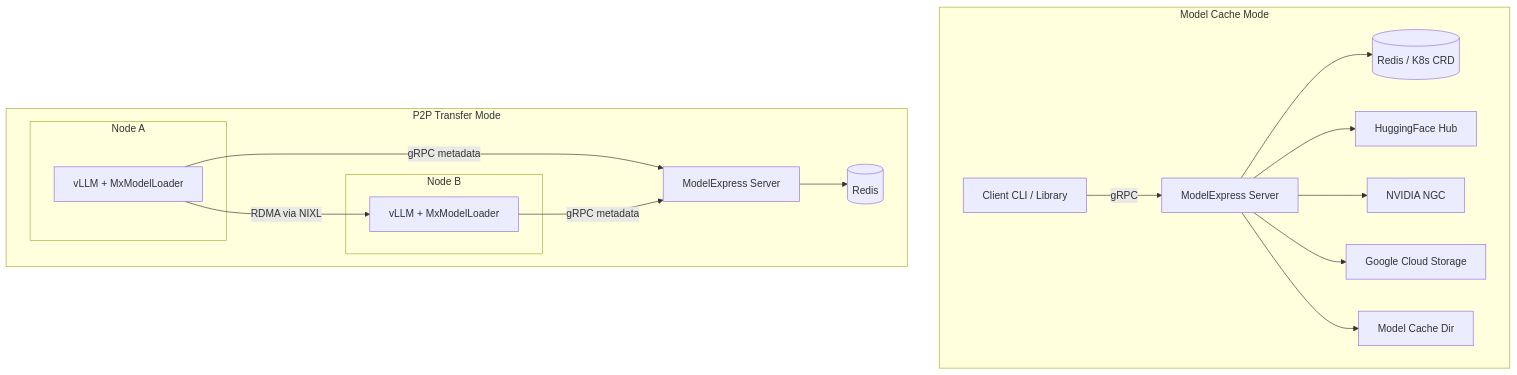
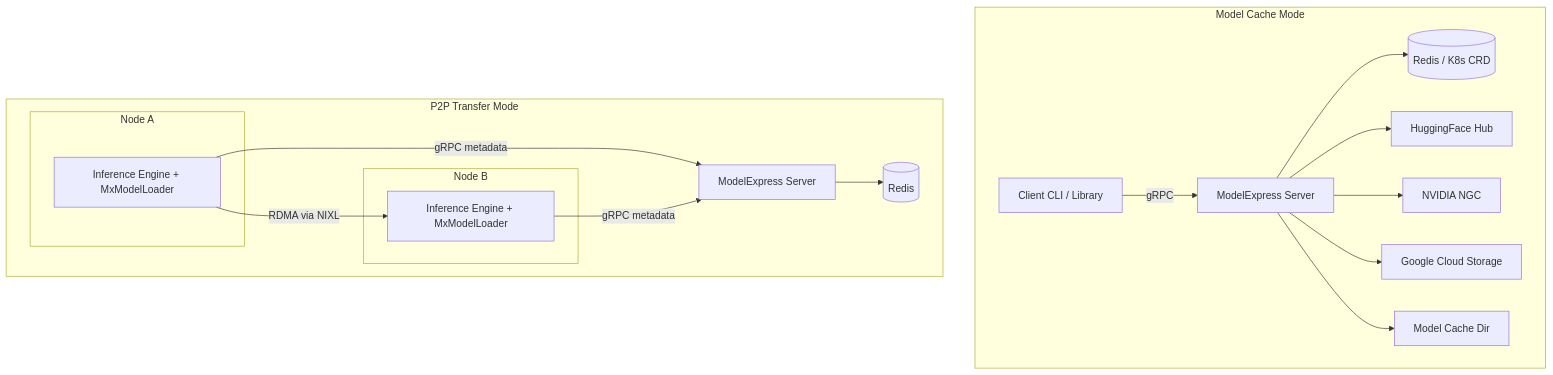
Before and after one commit to ai-dynamo/modelexpress: the first of 2 diagrams in docs/ARCHITECTURE.md, drawn with Mermaid. The commit also changed other lines of this file and 17 other files, not shown here.

Commit message:
feat: add SGLang ModelExpress loader integration

````diff
--- a/docs/ARCHITECTURE.md
+++ b/docs/ARCHITECTURE.md
@@ -26,24 +26,24 @@
 ```mermaid
 graph TD
     subgraph "Model Cache Mode"
         C1[Client CLI / Library] -->|gRPC| S1[ModelExpress Server]
         S1 --> R1[(Redis / K8s CRD)]
         S1 --> HF[HuggingFace Hub]
         S1 --> NGC[NVIDIA NGC]
         S1 --> GCS[Google Cloud Storage]
         S1 --> Cache[Model Cache Dir]
     end
 
     subgraph "P2P Transfer Mode"
         subgraph "Node A"
-            A[vLLM + MxModelLoader]
+            A[Inference Engine + MxModelLoader]
         end
         subgraph "Node B"
-            B[vLLM + MxModelLoader]
+            B[Inference Engine + MxModelLoader]
         end
         A -->|gRPC metadata| S2[ModelExpress Server]
         B -->|gRPC metadata| S2
         S2 --> R[(Redis)]
         A -- "RDMA via NIXL" --> B
     end
 ```
````
